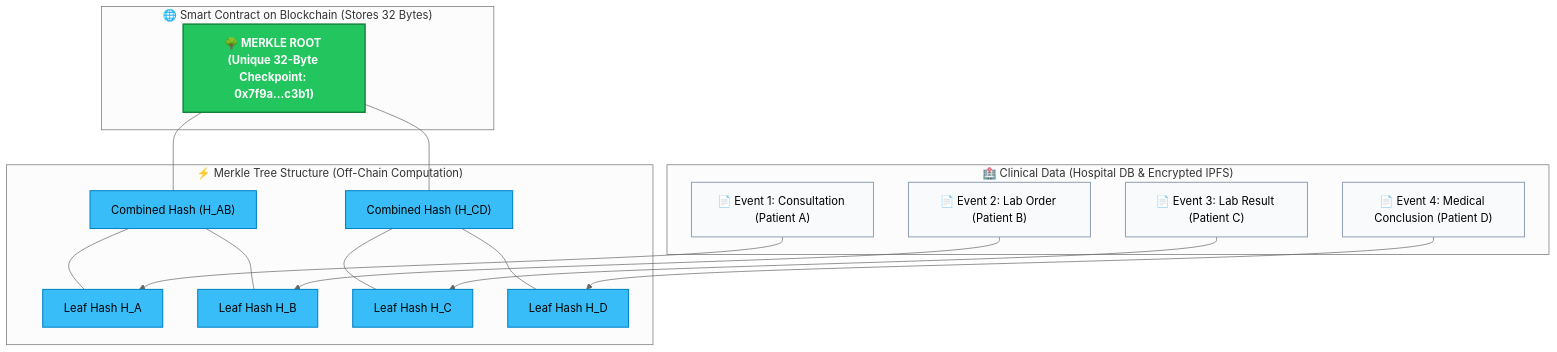
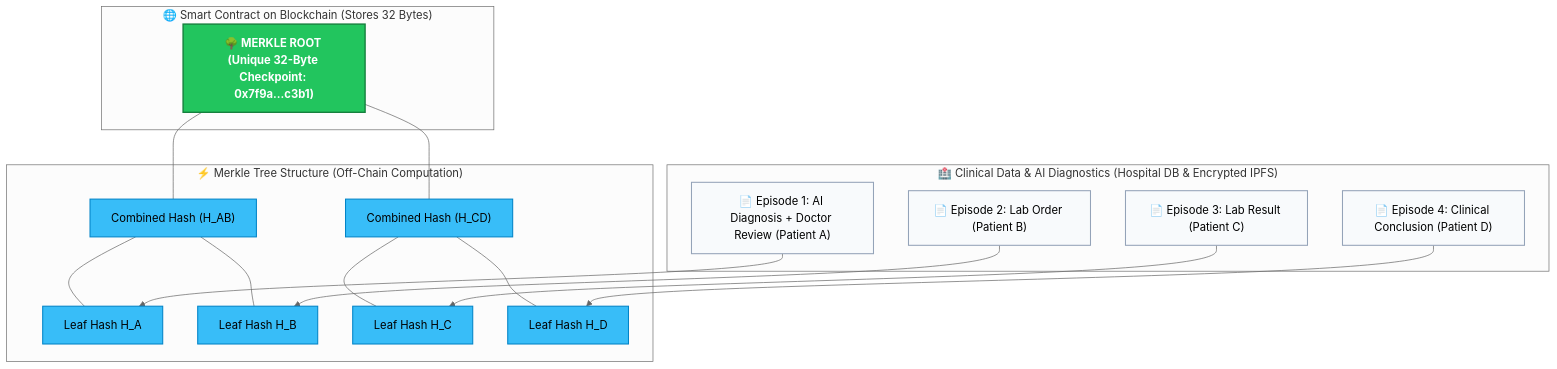
The first of 2 diagrams in README.en.md (duc19092005/KLTN), drawn with Mermaid (neutral theme) before and after one commit. The commit also changed other lines of this file and 1 other file, not shown here.

Commit message:
docs: align project title and add research scope note for AI diagnostic storage & hospital testbed

````diff
--- a/README.en.md
+++ b/README.en.md
@@ -56,39 +59,39 @@
 ```mermaid
 graph TD
     subgraph S["🌐 Smart Contract on Blockchain (Stores 32 Bytes)"]
         Root["🌳 MERKLE ROOT (Unique 32-Byte Checkpoint: 0x7f9a...c3b1)"]
     end
 
     subgraph M["⚡ Merkle Tree Structure (Off-Chain Computation)"]
         H_AB["Combined Hash (H_AB)"]
         H_CD["Combined Hash (H_CD)"]
         
         Root --- H_AB
         Root --- H_CD
 
         H_A["Leaf Hash H_A"]
         H_B["Leaf Hash H_B"]
         H_C["Leaf Hash H_C"]
         H_D["Leaf Hash H_D"]
 
         H_AB --- H_A
         H_AB --- H_B
         H_CD --- H_C
         H_CD --- H_D
     end
 
-    subgraph D["🏥 Clinical Data (Hospital DB & Encrypted IPFS)"]
-        DocA["📄 Event 1: Consultation (Patient A)"] --> H_A
-        DocB["📄 Event 2: Lab Order (Patient B)"] --> H_B
-        DocC["📄 Event 3: Lab Result (Patient C)"] --> H_C
-        DocD["📄 Event 4: Medical Conclusion (Patient D)"] --> H_D
+    subgraph D["🏥 Clinical Data & AI Diagnostics (Hospital DB & Encrypted IPFS)"]
+        DocA["📄 Episode 1: AI Diagnosis + Doctor Review (Patient A)"] --> H_A
+        DocB["📄 Episode 2: Lab Order (Patient B)"] --> H_B
+        DocC["📄 Episode 3: Lab Result (Patient C)"] --> H_C
+        DocD["📄 Episode 4: Clinical Conclusion (Patient D)"] --> H_D
     end
 
     classDef rootStyle fill:#22c55e,stroke:#15803d,stroke-width:2px,color:#ffffff,font-weight:bold;
     classDef nodeStyle fill:#38bdf8,stroke:#0284c7,stroke-width:1.5px,color:#000000;
     classDef docStyle fill:#f8fafc,stroke:#94a3b8,stroke-width:1.5px,color:#000000;
     
     class Root rootStyle;
     class H_AB,H_CD,H_A,H_B,H_C,H_D nodeStyle;
     class DocA,DocB,DocC,DocD docStyle;
 ```
````
